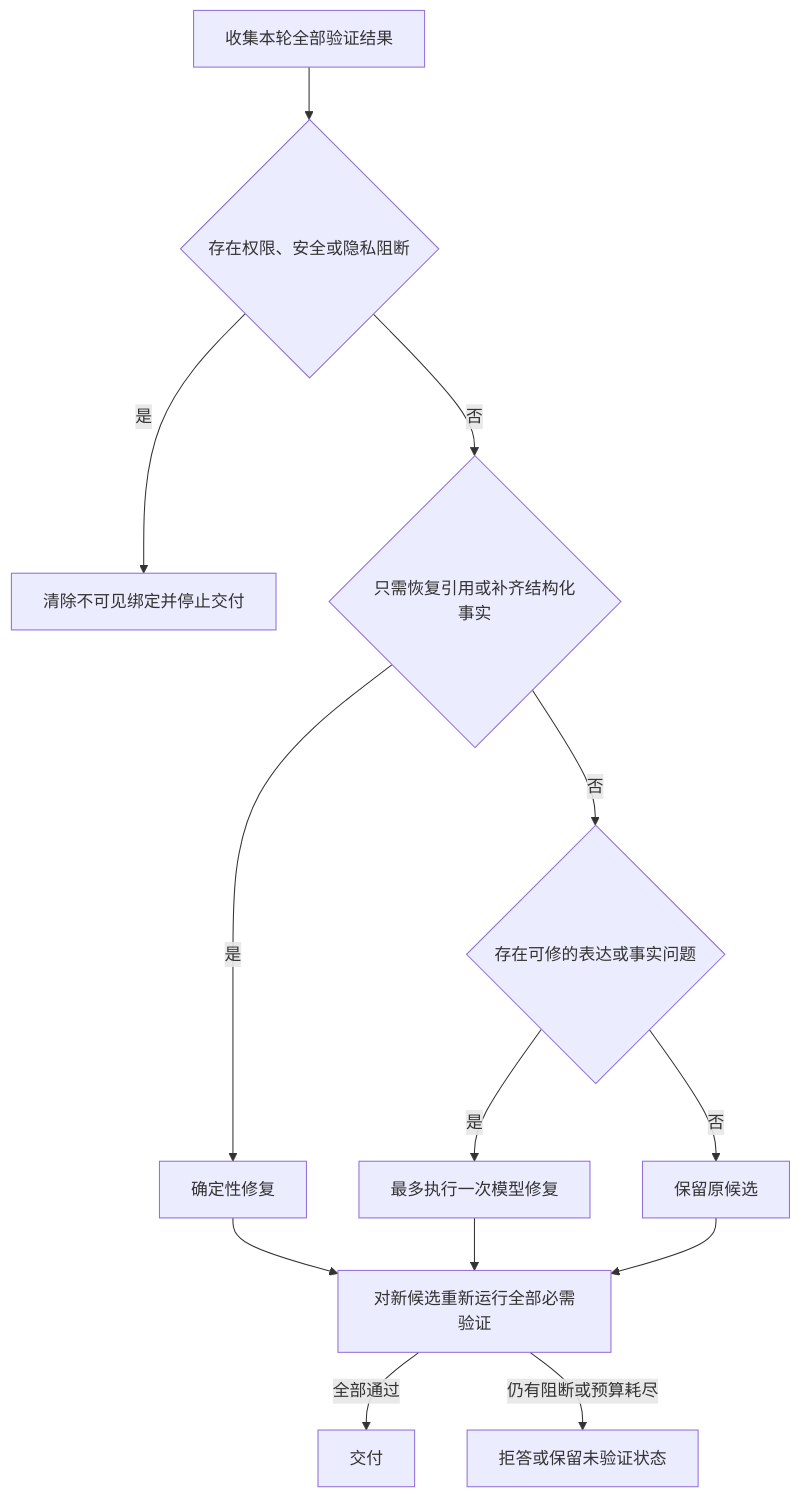
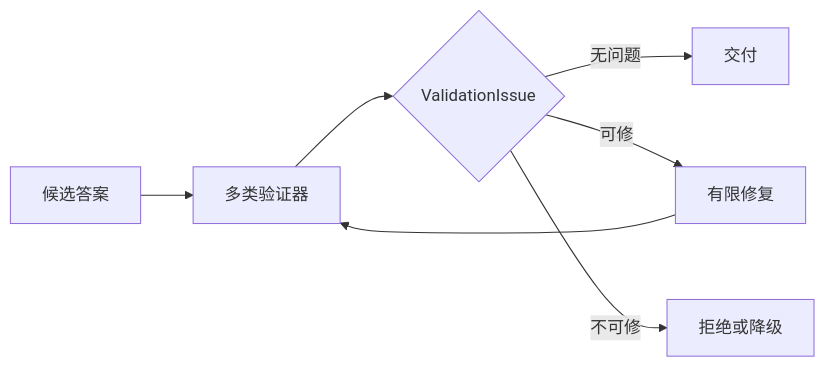
One commit to upJiang/jiang-blog-vitepress changed the diagram in docs/ai-agent/agent-reflection-repair.md. Above: the diagram before and after it, drawn with Mermaid. The commit also changed other lines of this file and 365 other files, not shown here.

````diff
--- a/docs/ai-agent/agent-reflection-repair.md
+++ b/docs/ai-agent/agent-reflection-repair.md
@@ -152,15 +69,9 @@
 ```mermaid
-flowchart TD
-  A[收集本轮全部验证结果] --> B{存在权限、安全或隐私阻断}
-  B -->|是| C[清除不可见绑定并停止交付]
-  B -->|否| D{只需恢复引用或补齐结构化事实}
-  D -->|是| E[确定性修复]
-  D -->|否| F{存在可修的表达或事实问题}
-  F -->|是| G[最多执行一次模型修复]
-  F -->|否| H[保留原候选]
-  E --> I[对新候选重新运行全部必需验证]
-  G --> I
-  H --> I
-  I -->|全部通过| J[交付]
-  I -->|仍有阻断或预算耗尽| K[拒答或保留未验证状态]
+flowchart LR
+    A[候选答案] --> B[多类验证器]
+    B --> C{ValidationIssue}
+    C -->|无问题| D[交付]
+    C -->|可修| E[有限修复]
+    C -->|不可修| F[拒绝或降级]
+    E --> B
 ```
````
